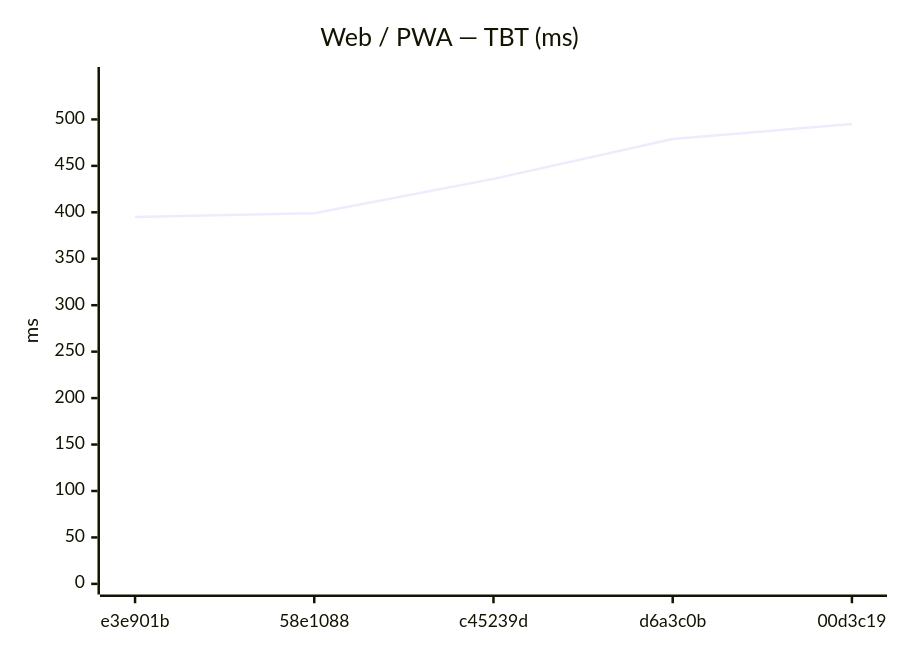
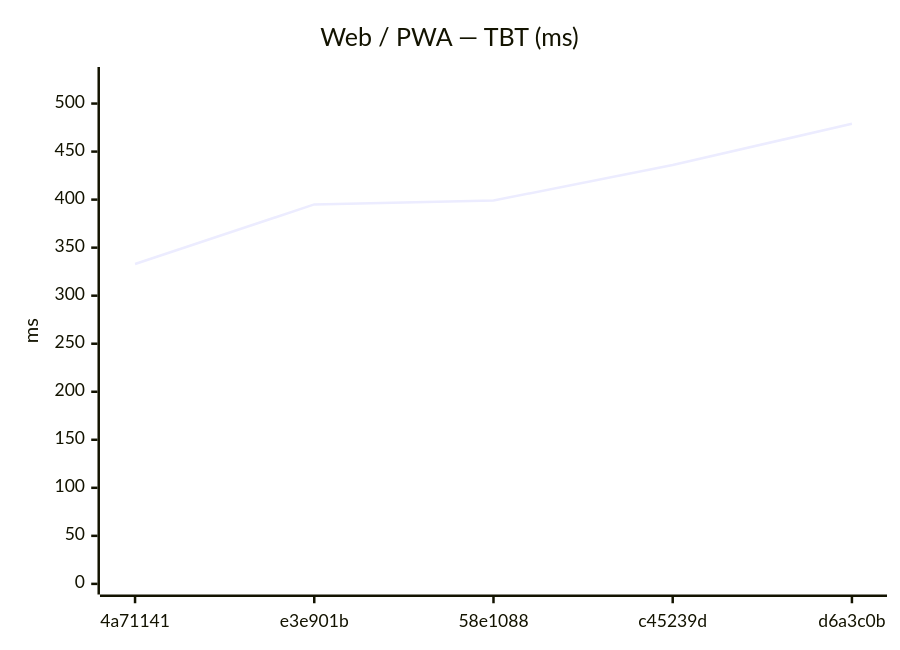
Before and after one commit to Metaheurist/Rianell: the eighth of 18 diagrams in benchmarks/compare.md, drawn with Mermaid. The commit also changed other lines of this file and 11 other files, not shown here.

````diff
--- a/benchmarks/compare.md
+++ b/benchmarks/compare.md
@@ -124,7 +124,7 @@
 ```mermaid
 xychart-beta
     title "Web / PWA — TBT (ms)"
-    x-axis ["e3e901b", "58e1088", "c45239d", "d6a3c0b", "00d3c19"]
-    y-axis "ms" 0 --> 545
-    line [395, 399, 436, 479, 495]
+    x-axis ["4a71141", "e3e901b", "58e1088", "c45239d", "d6a3c0b"]
+    y-axis "ms" 0 --> 527
+    line [333, 395, 399, 436, 479]
 ```
````
